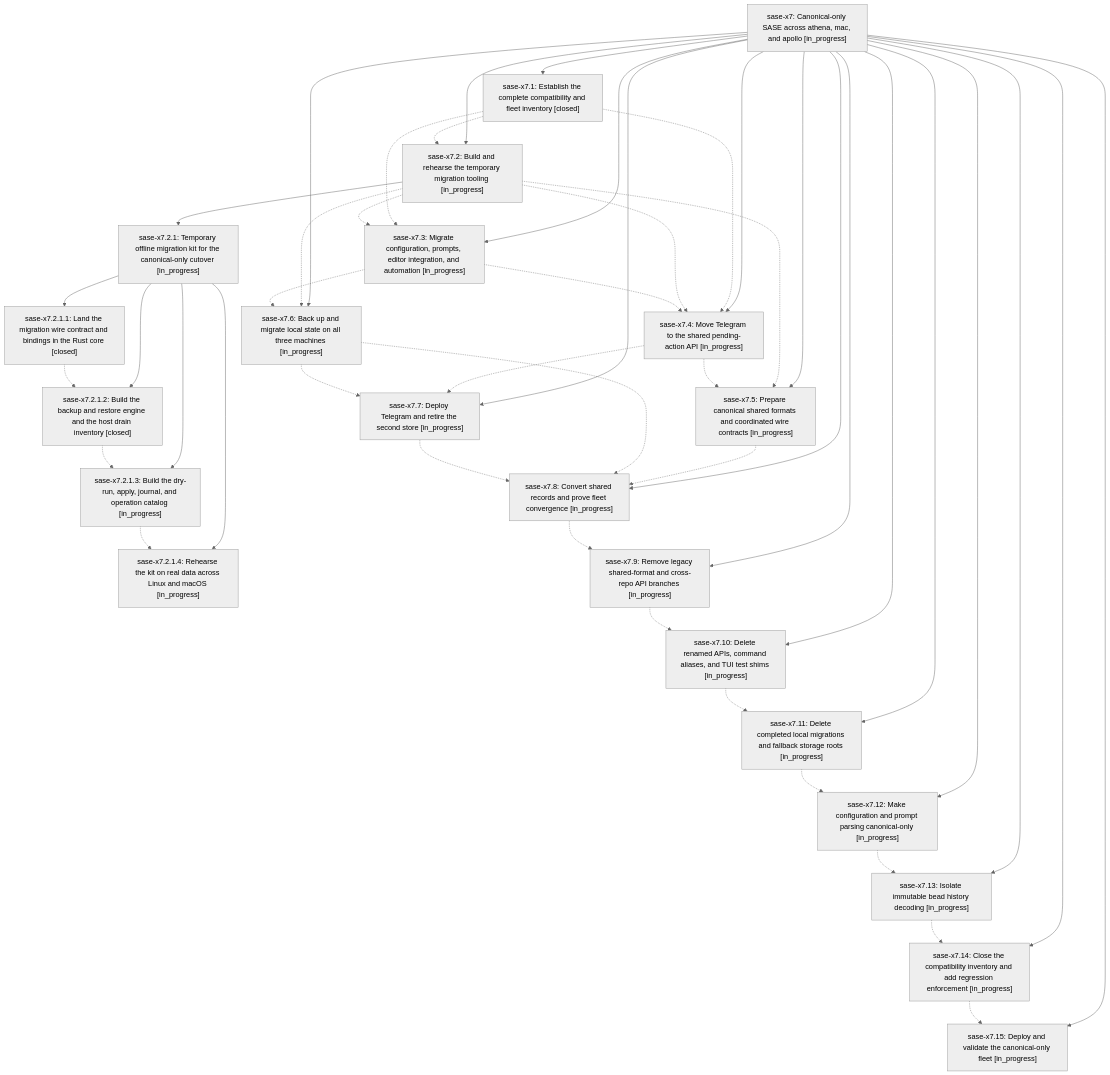
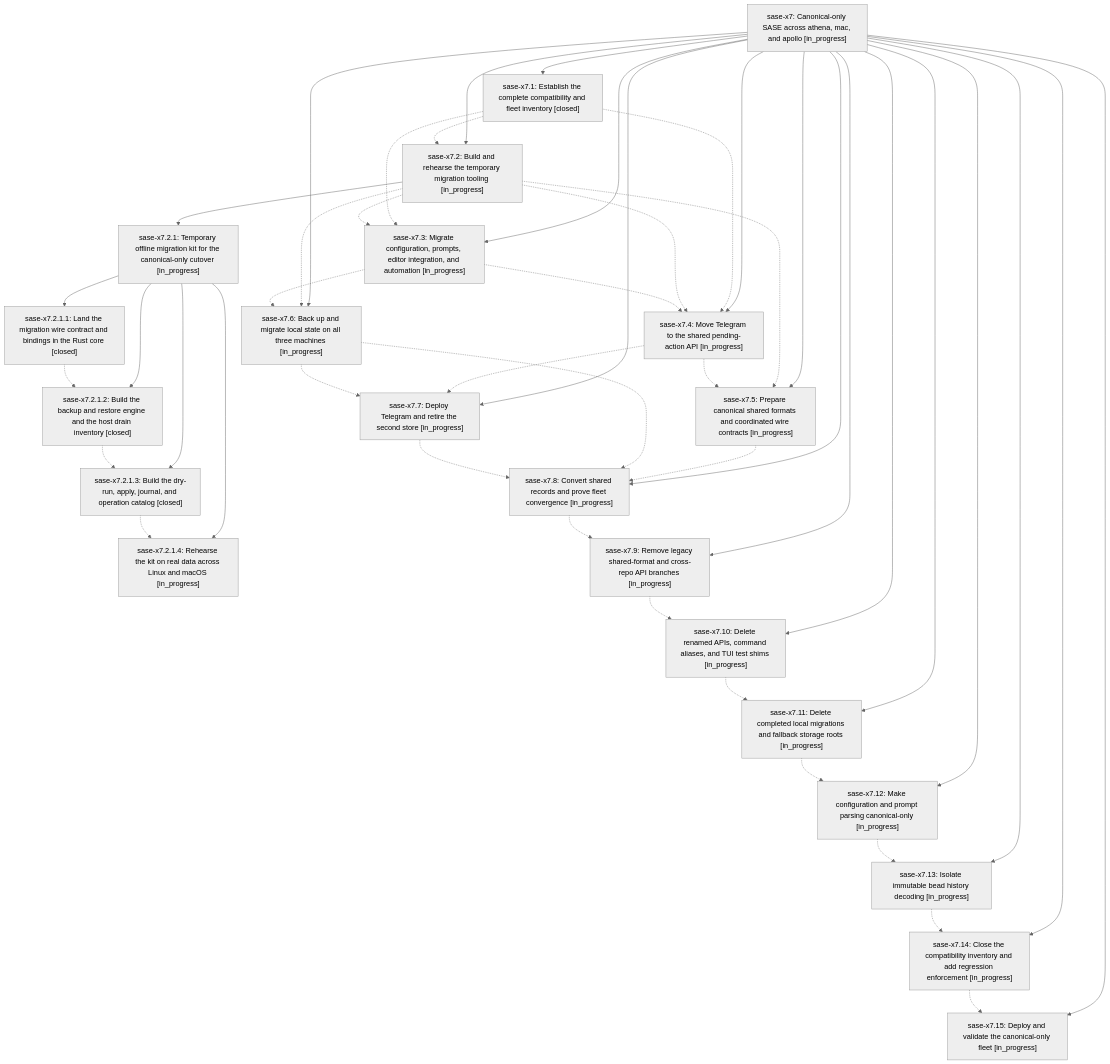
Before and after one commit to sase-org/sase--beads: the diagram in pages/sase-x7/README.md, drawn with Mermaid (neutral theme). The commit also changed other lines of this file and 3 other files, not shown here.

````diff
--- a/pages/sase-x7/README.md
+++ b/pages/sase-x7/README.md
@@ -48,69 +48,69 @@
 ```mermaid
 flowchart TD
     n0["sase-x7: Canonical-only SASE across athena, mac, and apollo [in_progress]"]
     n1["sase-x7.1: Establish the complete compatibility and fleet inventory [closed]"]
     n2["sase-x7.10: Delete renamed APIs, command aliases, and TUI test shims [in_progress]"]
     n3["sase-x7.11: Delete completed local migrations and fallback storage roots [in_progress]"]
     n4["sase-x7.12: Make configuration and prompt parsing canonical-only [in_progress]"]
     n5["sase-x7.13: Isolate immutable bead history decoding [in_progress]"]
     n6["sase-x7.14: Close the compatibility inventory and add regression enforcement [in_progress]"]
     n7["sase-x7.15: Deploy and validate the canonical-only fleet [in_progress]"]
     n8["sase-x7.2: Build and rehearse the temporary migration tooling [in_progress]"]
     n9["sase-x7.2.1: Temporary offline migration kit for the canonical-only cutover [in_progress]"]
     n10["sase-x7.2.1.1: Land the migration wire contract and bindings in the Rust core [closed]"]
     n11["sase-x7.2.1.2: Build the backup and restore engine and the host drain inventory [closed]"]
-    n12["sase-x7.2.1.3: Build the dry-run, apply, journal, and operation catalog [in_progress]"]
+    n12["sase-x7.2.1.3: Build the dry-run, apply, journal, and operation catalog [closed]"]
     n13["sase-x7.2.1.4: Rehearse the kit on real data across Linux and macOS [in_progress]"]
     n14["sase-x7.3: Migrate configuration, prompts, editor integration, and automation [in_progress]"]
     n15["sase-x7.4: Move Telegram to the shared pending-action API [in_progress]"]
     n16["sase-x7.5: Prepare canonical shared formats and coordinated wire contracts [in_progress]"]
     n17["sase-x7.6: Back up and migrate local state on all three machines [in_progress]"]
     n18["sase-x7.7: Deploy Telegram and retire the second store [in_progress]"]
     n19["sase-x7.8: Convert shared records and prove fleet convergence [in_progress]"]
     n20["sase-x7.9: Remove legacy shared-format and cross-repo API branches [in_progress]"]
     n0 --> n1
     n0 --> n2
     n0 --> n3
     n0 --> n4
     n0 --> n5
     n0 --> n6
     n0 --> n7
     n0 --> n8
     n8 --> n9
     n9 --> n10
     n9 --> n11
     n9 --> n12
     n9 --> n13
     n0 --> n14
     n0 --> n15
     n0 --> n16
     n0 --> n17
     n0 --> n18
     n0 --> n19
     n0 --> n20
     n1 -.-> n8
     n1 -.-> n14
     n1 -.-> n15
     n2 -.-> n3
     n3 -.-> n4
     n4 -.-> n5
     n5 -.-> n6
     n6 -.-> n7
     n8 -.-> n14
     n8 -.-> n15
     n8 -.-> n16
     n8 -.-> n17
     n10 -.-> n11
     n11 -.-> n12
     n12 -.-> n13
     n14 -.-> n15
     n14 -.-> n17
     n15 -.-> n16
     n15 -.-> n18
     n16 -.-> n19
     n17 -.-> n18
     n17 -.-> n19
     n18 -.-> n19
     n19 -.-> n20
     n20 -.-> n2
 ```
````
